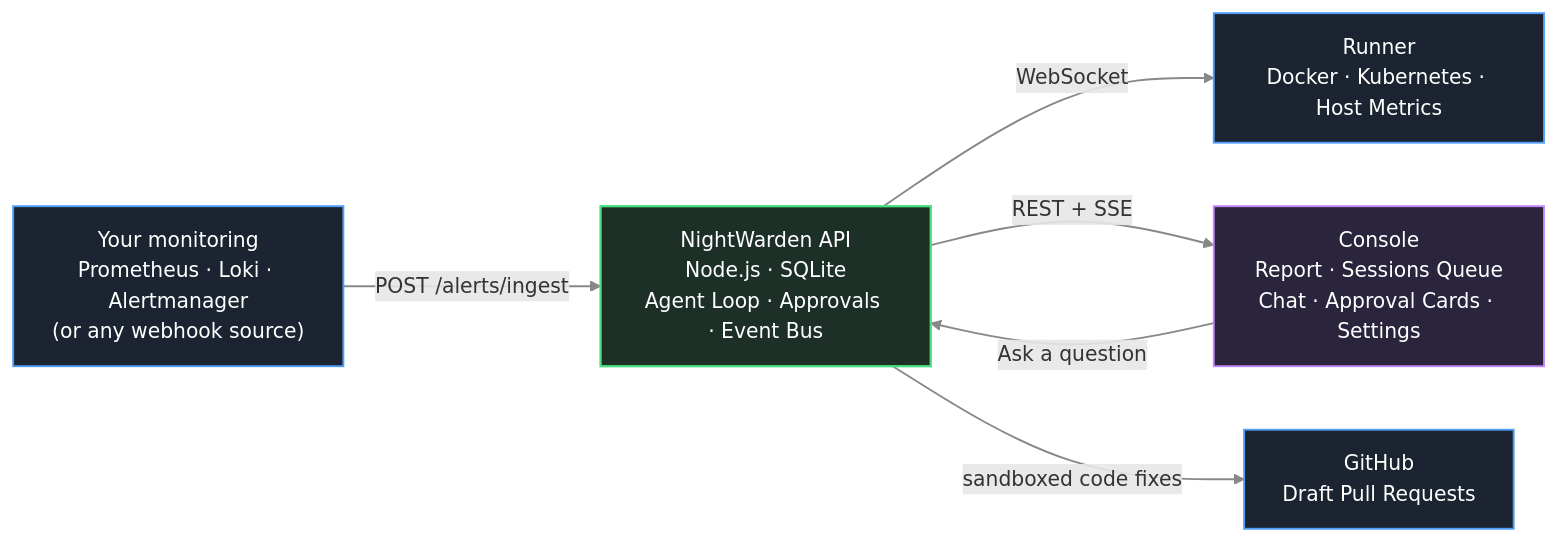
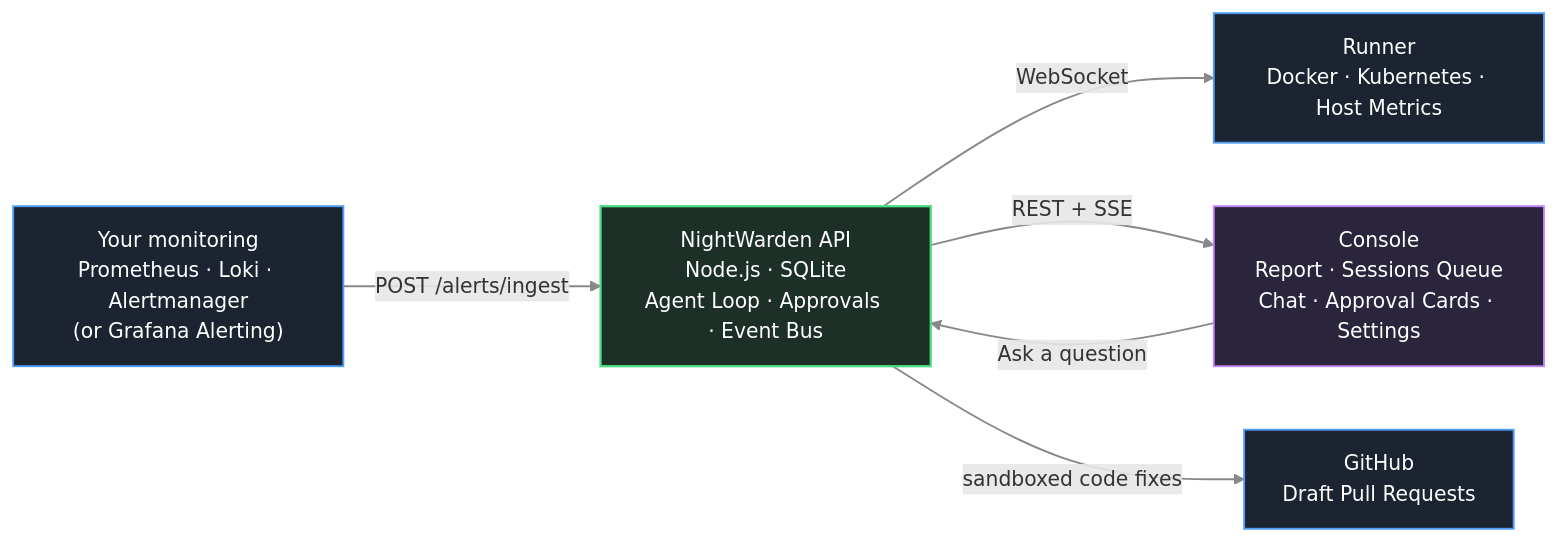
One commit to PrabhatMattoo/NightWarden changed the diagram in README.md. Above: the diagram before and after it, drawn with Mermaid. The commit also changed other lines of this file and 36 other files, not shown here.

First line of the commit message:
feat(alerts): add Grafana Alerting as an alert source

````diff
--- a/README.md
+++ b/README.md
@@ -20,32 +20,32 @@
 ```mermaid
 flowchart LR
 
 %% Infrastructure
-monitoring["Your monitoring<br/>Prometheus · Loki · Alertmanager<br/>(or any webhook source)"]
+monitoring["Your monitoring<br/>Prometheus · Loki · Alertmanager<br/>(or Grafana Alerting)"]
 runner["Runner<br/>Docker · Kubernetes · Host Metrics"]
 
 %% Brain
 api["NightWarden API<br/>Node.js · SQLite<br/>Agent Loop · Approvals · Event Bus"]
 
 %% UI
 console["Console<br/>Report · Sessions Queue<br/>Chat · Approval Cards · Settings"]
 
 %% Code
 github["GitHub<br/>Draft Pull Requests"]
 
 monitoring -- POST /alerts/ingest --> api
 console -- Ask a question --> api
 api -- WebSocket --> runner
 api -- REST + SSE --> console
 api -- sandboxed code fixes --> github
 
 classDef infra fill:#1b2430,stroke:#4f9cf9,color:#fff,stroke-width:1.5;
 classDef api fill:#1d3027,stroke:#4ade80,color:#fff,stroke-width:1.8;
 classDef ui fill:#2b243d,stroke:#c084fc,color:#fff,stroke-width:1.5;
 
 class monitoring,runner,github infra;
 class api api;
 class console ui;
 
 linkStyle default stroke:#888,stroke-width:1.5;
 ```
````
